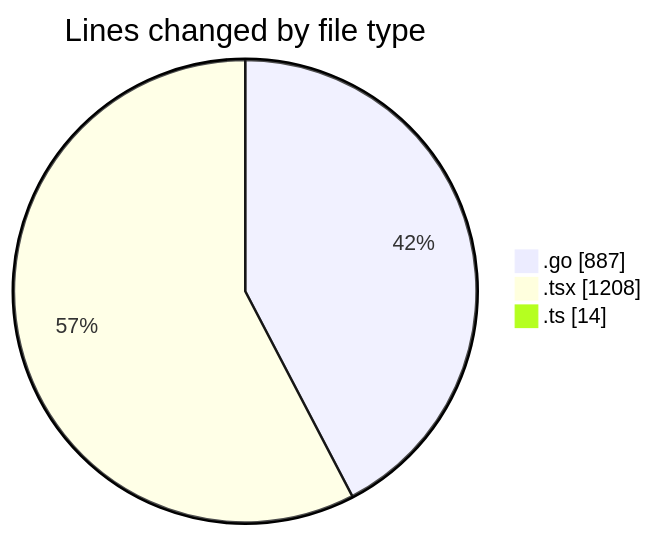
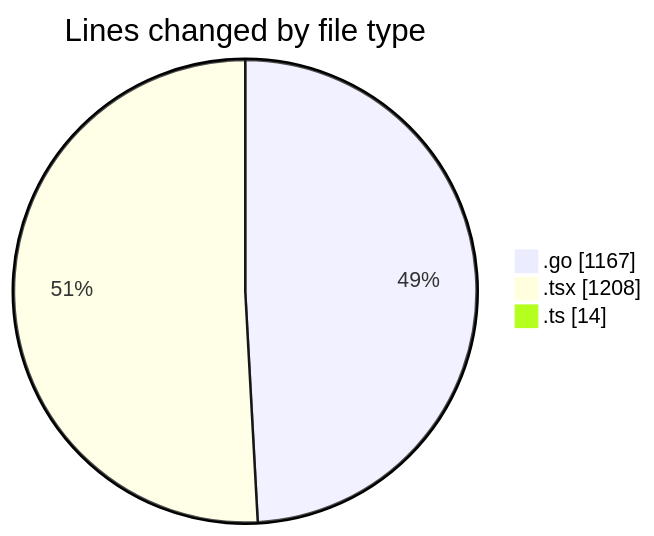
One commit to robertbonfada/code-tracking changed the first of 2 diagrams in 2025-03-05/termonied_testador/README.md. Above: the diagram before and after it, drawn with Mermaid. The commit also changed other lines of this file and 2 other files, not shown here.

````diff
--- a/2025-03-05/termonied_testador/README.md
+++ b/2025-03-05/termonied_testador/README.md
@@ -27,7 +28,7 @@
 ```mermaid
 pie showData
 title Lines changed by file type
-".go" : 887
+".go" : 1167
 ".tsx" : 1208
 ".ts" : 14
 ```
````
